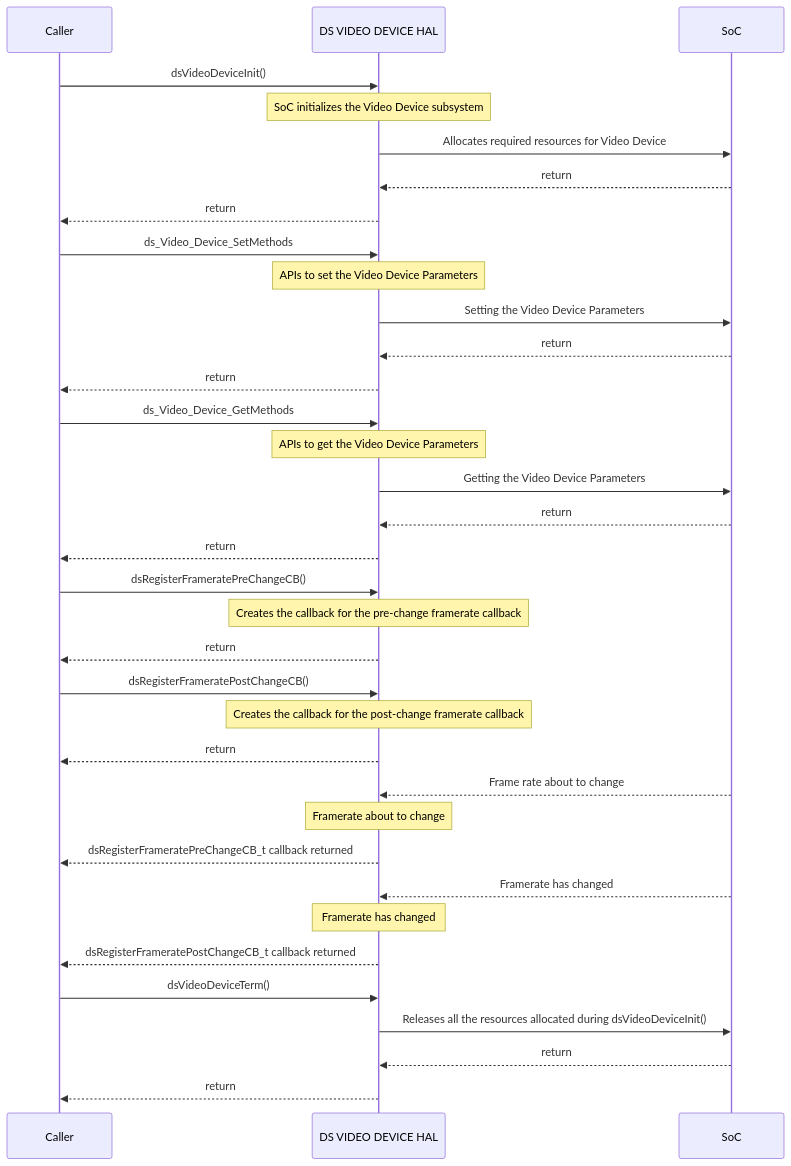
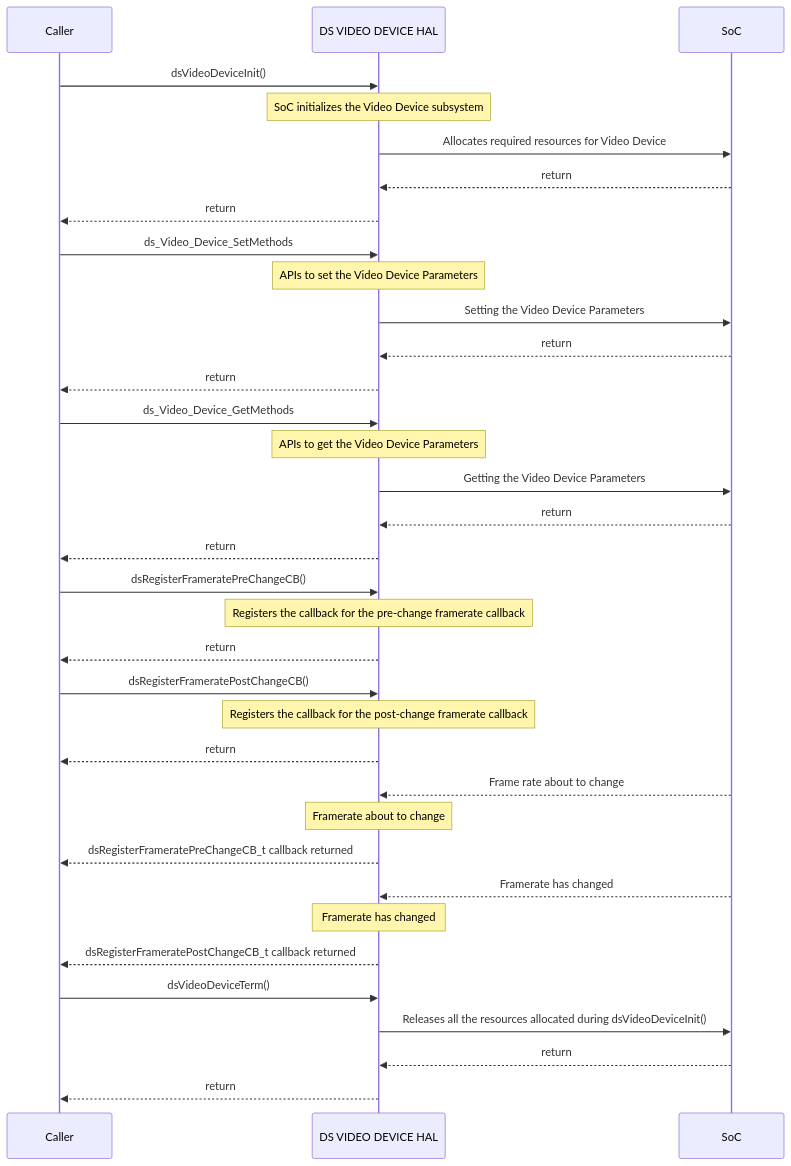
The second of 2 diagrams in docs/pages/ds-video-device_halSpec.md (rdkcentral/rdk-halif-device_settings), drawn with Mermaid before and after one commit.

Commit message:
Update videoPort halSpec with correct terminalolgy

```````diff
--- a/docs/pages/ds-video-device_halSpec.md
+++ b/docs/pages/ds-video-device_halSpec.md
@@ -174,38 +174,38 @@
 ```mermaid
 %%{ init : { "theme" : "default", "flowchart" : { "curve" : "stepBefore" }}}%%
    sequenceDiagram
     participant Caller as Caller
     participant HAL as DS VIDEO DEVICE HAL
     participant Driver as SoC
     Caller->>HAL:dsVideoDeviceInit()
     Note over HAL: SoC initializes the Video Device subsystem
     HAL->>Driver: Allocates required resources for Video Device
     Driver-->>HAL:return
     HAL-->>Caller:return
     Caller->>HAL: ds_Video_Device_SetMethods
     Note over HAL: APIs to set the Video Device Parameters
     HAL->>Driver:Setting the Video Device Parameters
     Driver-->>HAL:return
     HAL-->>Caller:return
     Caller->>HAL: ds_Video_Device_GetMethods
     Note over HAL: APIs to get the Video Device Parameters
     HAL->>Driver:Getting the Video Device Parameters
     Driver-->>HAL:return
     HAL-->>Caller:return
     Caller->>HAL:dsRegisterFrameratePreChangeCB()
-    Note over HAL: Creates the callback for the pre-change framerate callback
+    Note over HAL: Registers the callback for the pre-change framerate callback
     HAL-->>Caller:return
     Caller->>HAL:dsRegisterFrameratePostChangeCB()
-    Note over HAL: Creates the callback for the post-change framerate callback
+    Note over HAL: Registers the callback for the post-change framerate callback
     HAL-->>Caller:return
     Driver-->>HAL:Frame rate about to change
     Note over HAL: Framerate about to change
     HAL-->>Caller:dsRegisterFrameratePreChangeCB_t callback returned
     Driver-->>HAL:Framerate has changed
     Note over HAL: Framerate has changed
     HAL-->>Caller:dsRegisterFrameratePostChangeCB_t callback returned
     Caller ->>HAL:dsVideoDeviceTerm()
     HAL ->> Driver: Releases all the resources allocated during dsVideoDeviceInit()
     Driver-->>HAL:return
     HAL-->>Caller:return
 ``````
```````
